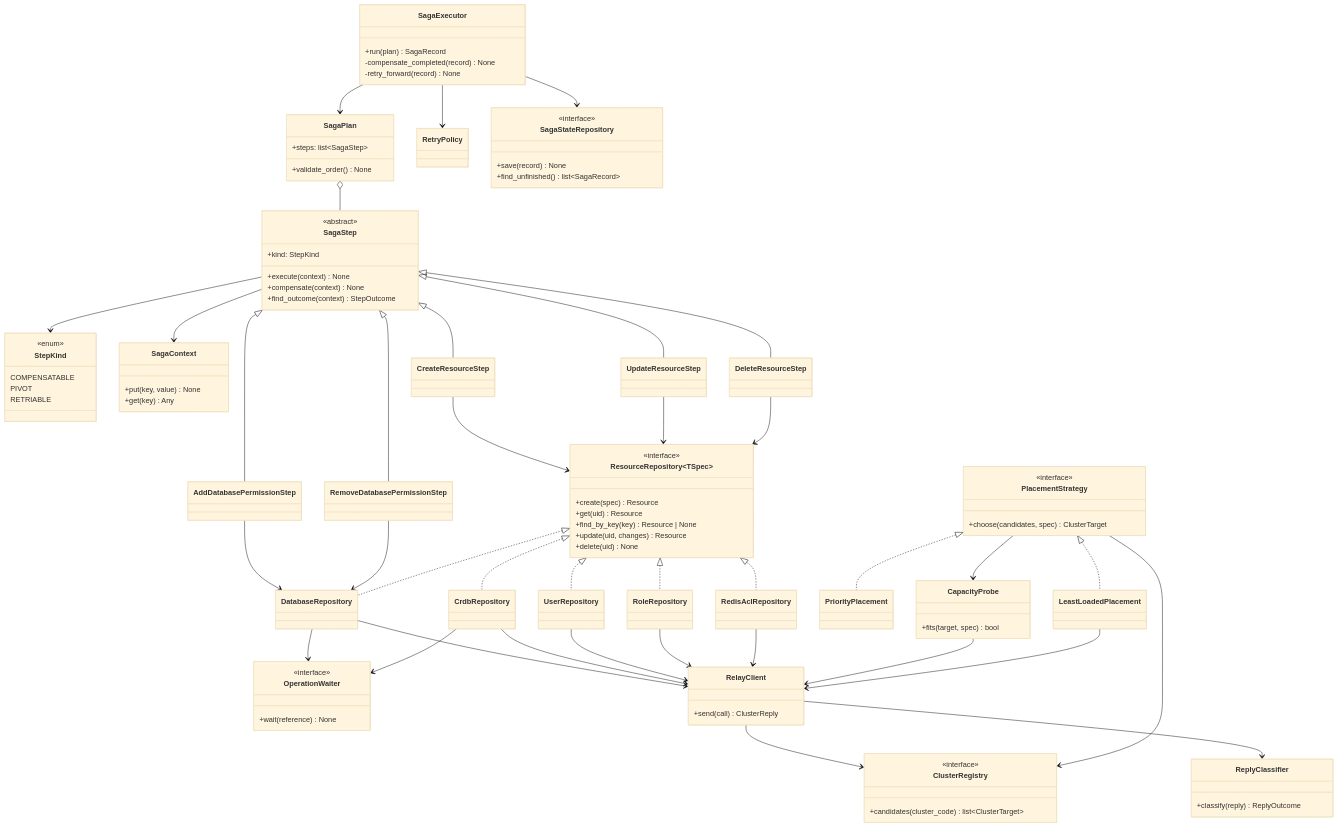
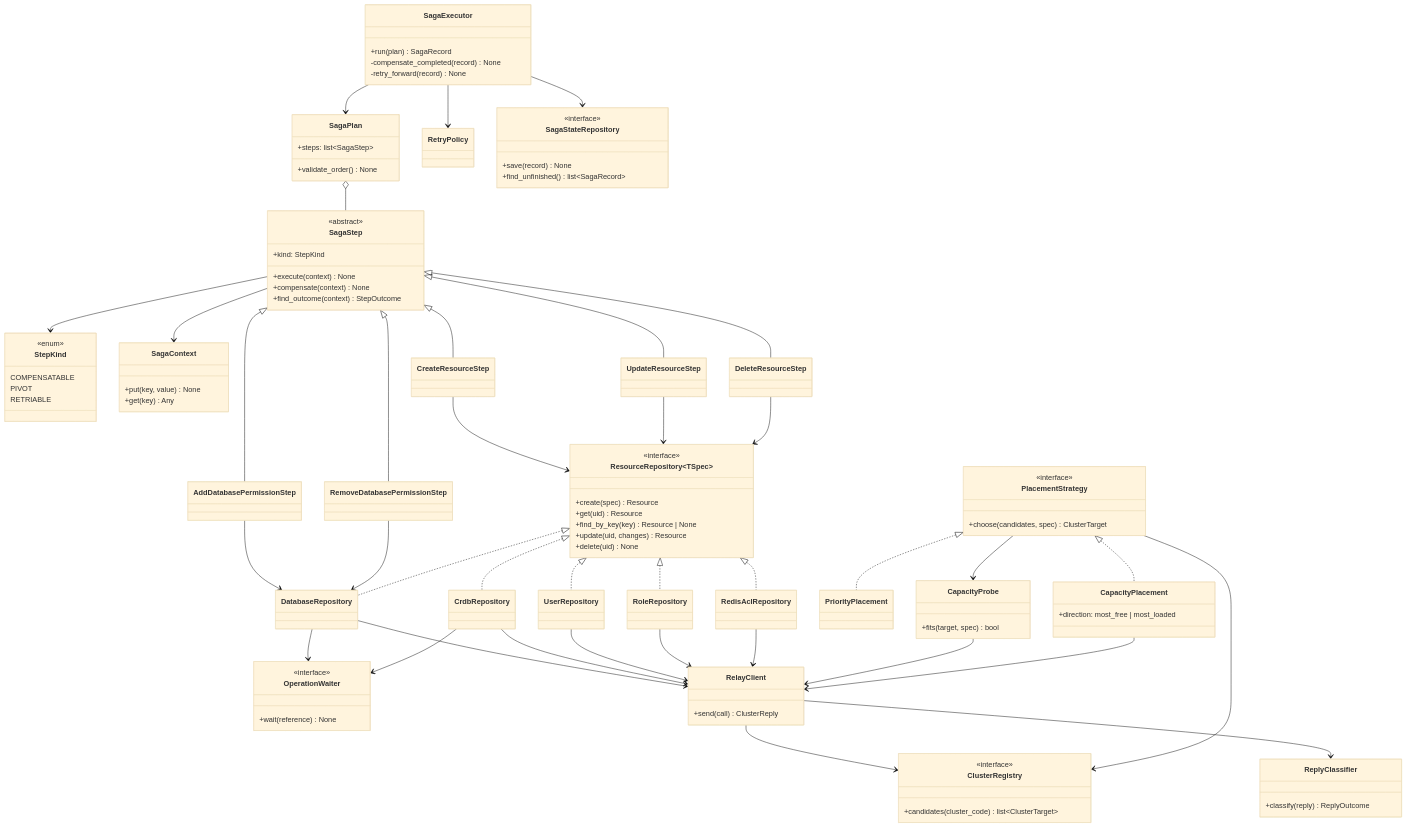
One commit to EliShteinman/redis-enterprise-services changed the second of 2 diagrams in docs/design/saga.md. Above: the diagram before and after it, drawn with Mermaid (base theme). The commit also changed other lines of this file and 1 other file, not shown here.

Commit message:
docs(design): placement method and direction are open, all supported by config

````diff
--- a/docs/design/saga.md
+++ b/docs/design/saga.md
@@ -567,7 +570,9 @@
         +choose(candidates, spec) ClusterTarget
     }
     class PriorityPlacement
-    class LeastLoadedPlacement
+    class CapacityPlacement {
+        +direction: most_free | most_loaded
+    }
     class CapacityProbe {
         +fits(target, spec) bool
     }
@@ -608,10 +613,10 @@
     RedisAclRepository --> RelayClient
     RelayClient --> ClusterRegistry
     PlacementStrategy <|.. PriorityPlacement
-    PlacementStrategy <|.. LeastLoadedPlacement
+    PlacementStrategy <|.. CapacityPlacement
     PlacementStrategy --> CapacityProbe
     PlacementStrategy --> ClusterRegistry
     CapacityProbe --> RelayClient
-    LeastLoadedPlacement --> RelayClient
+    CapacityPlacement --> RelayClient
     RelayClient --> ReplyClassifier
 ```
````
